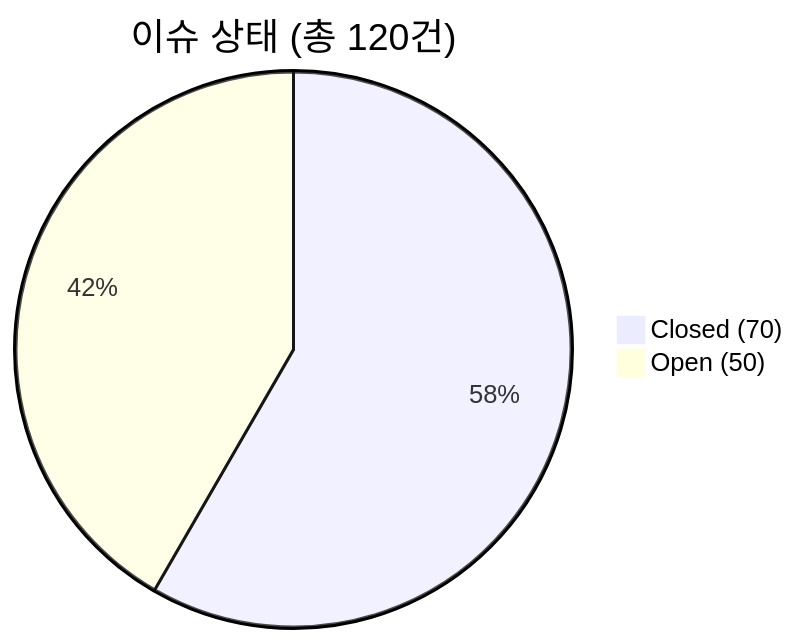
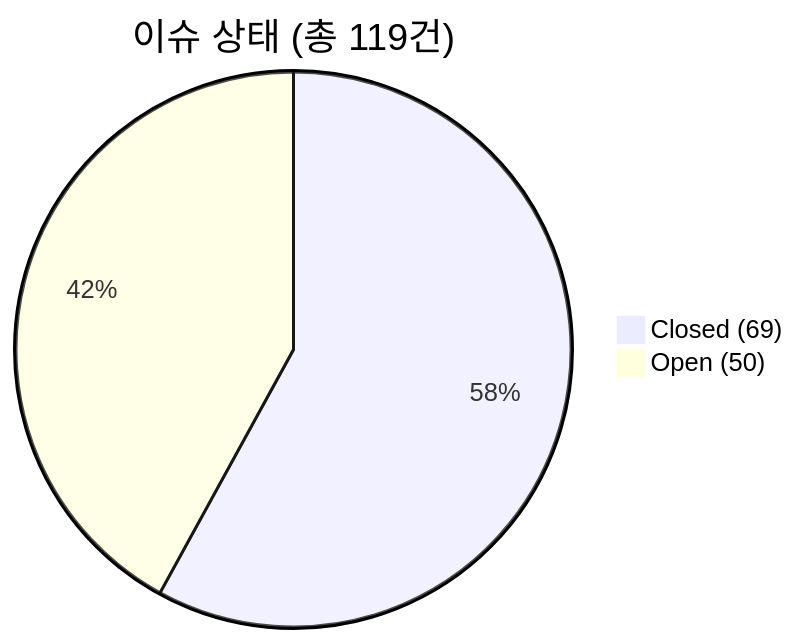
Before and after one commit to holee9/MD-process: the first of 4 diagrams in README.md, drawn with Mermaid. The commit also changed other lines of this file, not shown here.

````diff
--- a/README.md
+++ b/README.md
@@ -87,5 +87,5 @@
 ```mermaid
-pie title 이슈 상태 (총 120건)
-    "Closed (70)" : 70
+pie title 이슈 상태 (총 119건)
+    "Closed (69)" : 69
     "Open (50)" : 50
 ```
````
